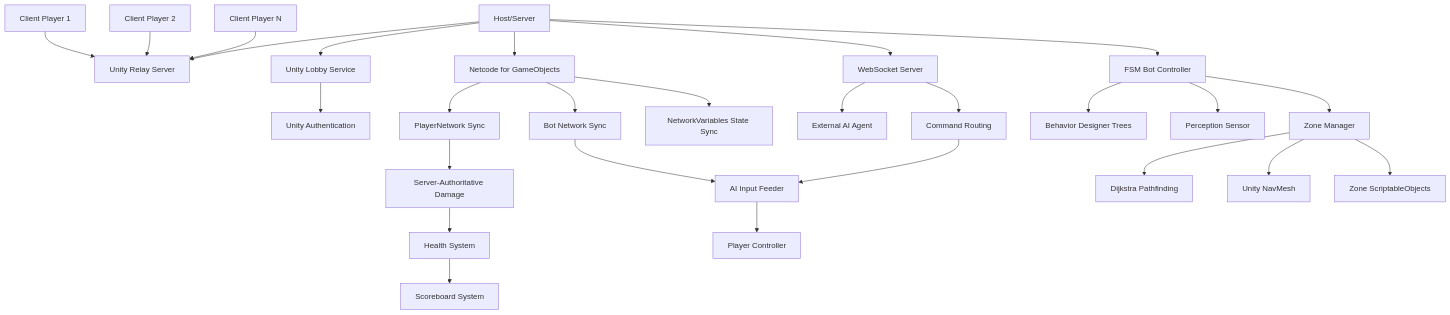
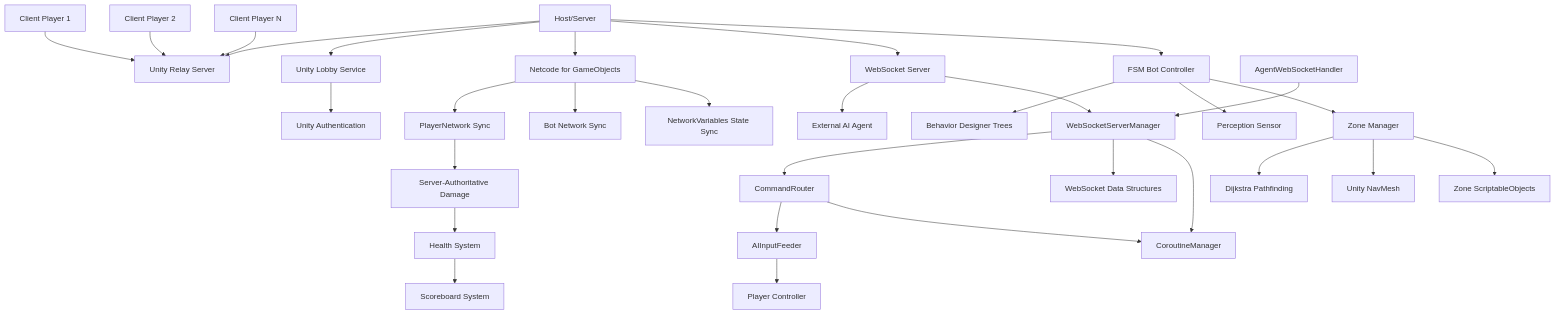
The second of 9 diagrams in .qoder/repowiki/en/content/Project Overview/System Architecture Overview.md (kandeng/AI-Controlled-battle-game), drawn with Mermaid before and after one commit. The commit also changed other lines of this file and 76 other files, not shown here.

````diff
--- a/.qoder/repowiki/en/content/Project Overview/System Architecture Overview.md
+++ b/.qoder/repowiki/en/content/Project Overview/System Architecture Overview.md
@@ -188,29 +197,33 @@
 ```mermaid
 graph TB
 Client1[Client Player 1] --> Relay[Unity Relay Server]
 Client2[Client Player 2] --> Relay
 ClientN[Client Player N] --> Relay
 Host[Host/Server] --> Relay
 Host --> Lobby[Unity Lobby Service]
 Host --> NGO[Netcode for GameObjects]
 Host --> WS[WebSocket Server]
 WS --> Agent[External AI Agent]
+WS --> WSManager[WebSocketServerManager]
+WSManager --> CommandRouter[CommandRouter]
+CommandRouter --> AIInput[AIInputFeeder]
+AIInput --> PlayerCtrl[Player Controller]
 Lobby --> Auth[Unity Authentication]
 NGO --> PlayerNet[PlayerNetwork Sync]
 NGO --> BotNet[Bot Network Sync]
 NGO --> StateSync[NetworkVariables State Sync]
 Host --> FSM[FSM Bot Controller]
 FSM --> BT[Behavior Designer Trees]
 FSM --> Perception[Perception Sensor]
 FSM --> ZoneMgr[Zone Manager]
 ZoneMgr --> Dijkstra[Dijkstra Pathfinding]
 ZoneMgr --> NavMesh[Unity NavMesh]
 ZoneMgr --> ZoneData[Zone ScriptableObjects]
-BotNet --> AIInput[AI Input Feeder]
-AIInput --> PlayerCtrl[Player Controller]
 PlayerNet --> Damage[Server-Authoritative Damage]
 Damage --> Health[Health System]
 Health --> Scoreboard[Scoreboard System]
-WS --> CommandRouter[Command Routing]
-CommandRouter --> AIInput
+WSManager --> WSData[WebSocket Data Structures]
+WSManager --> CoroutineMgr[CoroutineManager]
+CommandRouter --> CoroutineMgr
+AgentHandler[AgentWebSocketHandler] --> WSManager
 ```
````
